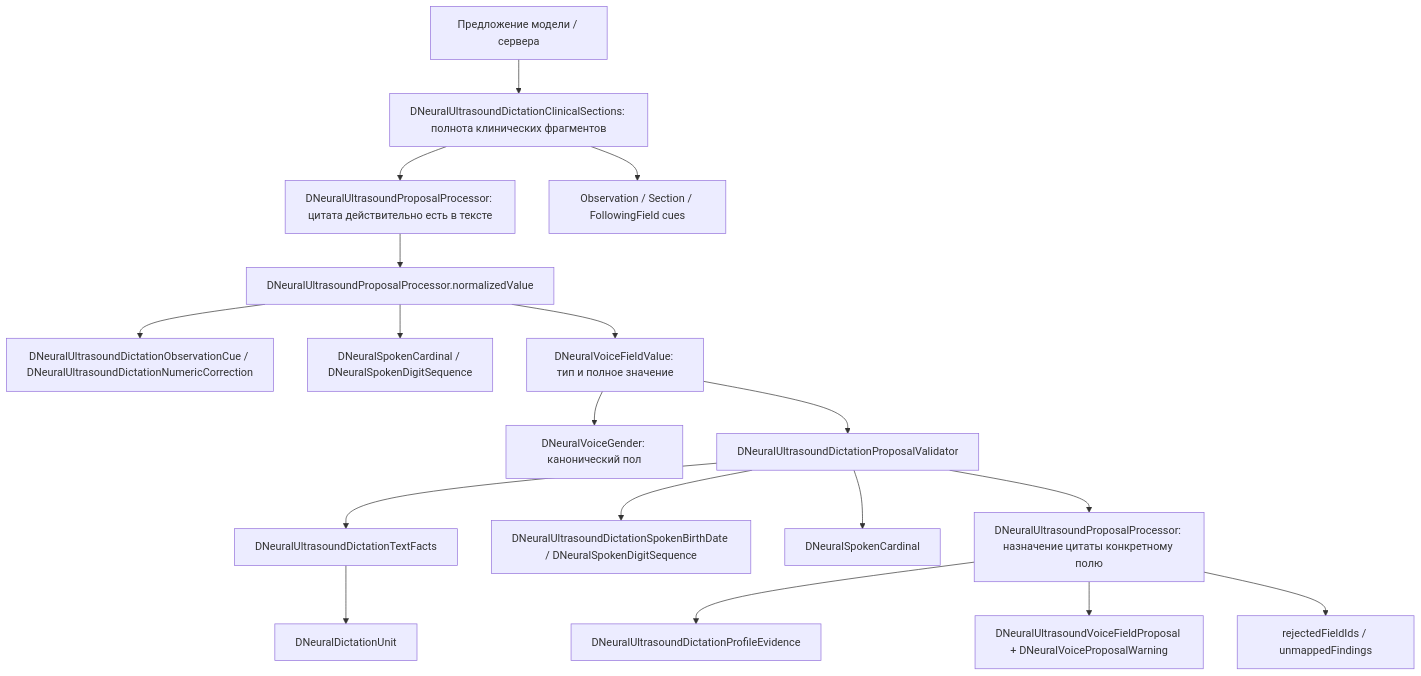
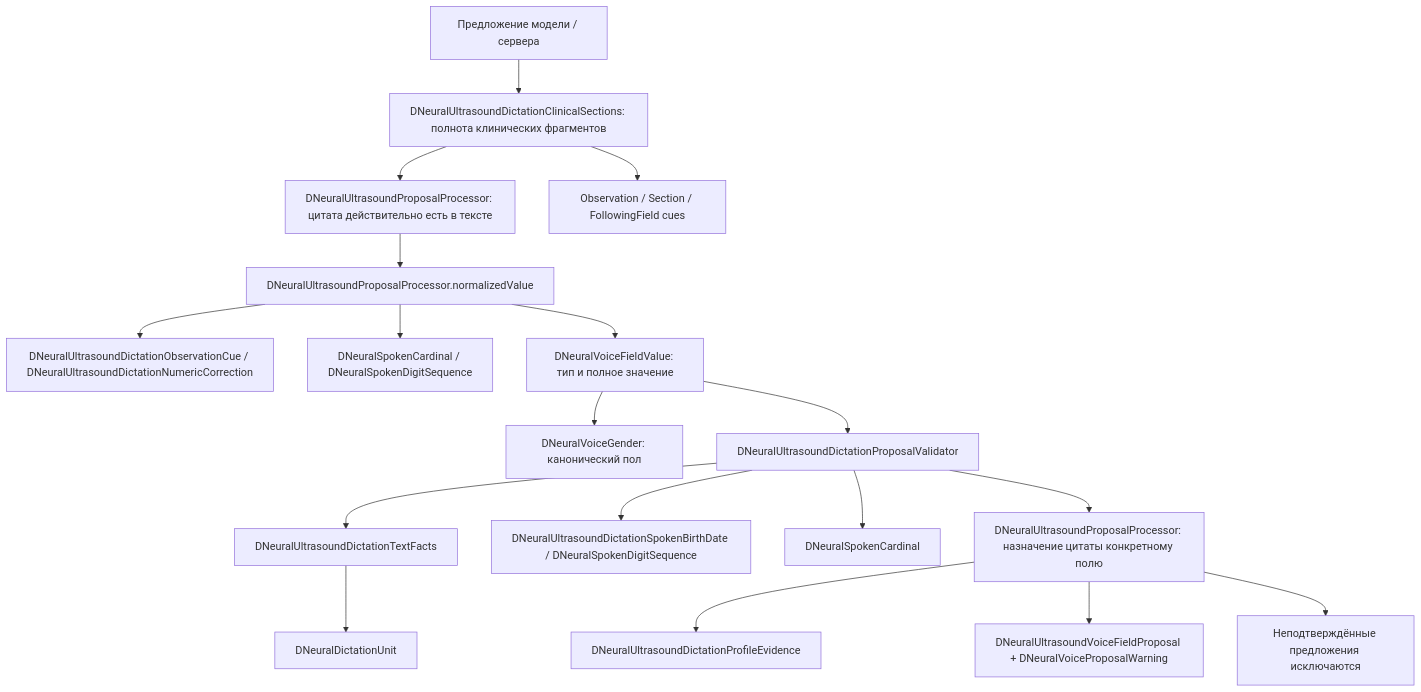
One commit to ivangalkindeveloper/DoglyadAI changed the third of 8 diagrams in ios/DoglyadNeuralModel/README.md. Above: the diagram before and after it, drawn with Mermaid. The commit also changed other lines of this file and 118 other files, not shown here.

````diff
--- a/ios/DoglyadNeuralModel/README.md
+++ b/ios/DoglyadNeuralModel/README.md
@@ -102,20 +102,20 @@
 ```mermaid
 flowchart TD
     Item[Предложение модели / сервера] --> Sections[DNeuralUltrasoundDictationClinicalSections: полнота клинических фрагментов]
     Sections --> Quote[DNeuralUltrasoundProposalProcessor: цитата действительно есть в тексте]
     Quote --> Normalize[DNeuralUltrasoundProposalProcessor.normalizedValue]
     Normalize --> Correction[DNeuralUltrasoundDictationObservationCue / DNeuralUltrasoundDictationNumericCorrection]
     Normalize --> Spoken[DNeuralSpokenCardinal / DNeuralSpokenDigitSequence]
     Normalize --> Value[DNeuralVoiceFieldValue: тип и полное значение]
     Value --> Gender[DNeuralVoiceGender: канонический пол]
     Value --> Validator[DNeuralUltrasoundDictationProposalValidator]
     Validator --> TextFacts[DNeuralUltrasoundDictationTextFacts]
     TextFacts --> Units[DNeuralDictationUnit]
     Validator --> Date[DNeuralUltrasoundDictationSpokenBirthDate / DNeuralSpokenDigitSequence]
     Validator --> Number[DNeuralSpokenCardinal]
     Sections --> Cues[Observation / Section / FollowingField cues]
     Evidence --> Profile[DNeuralUltrasoundDictationProfileEvidence]
     Validator --> Evidence[DNeuralUltrasoundProposalProcessor: назначение цитаты конкретному полю]
     Evidence --> Accepted[DNeuralUltrasoundVoiceFieldProposal + DNeuralVoiceProposalWarning]
-    Evidence --> Rejected[rejectedFieldIds / unmappedFindings]
+    Evidence --> Discarded[Неподтверждённые предложения исключаются]
 ```
````
